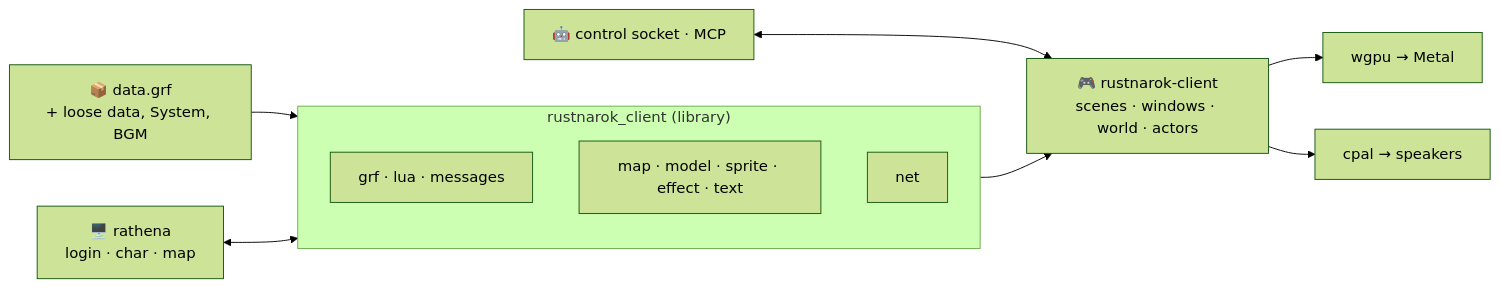
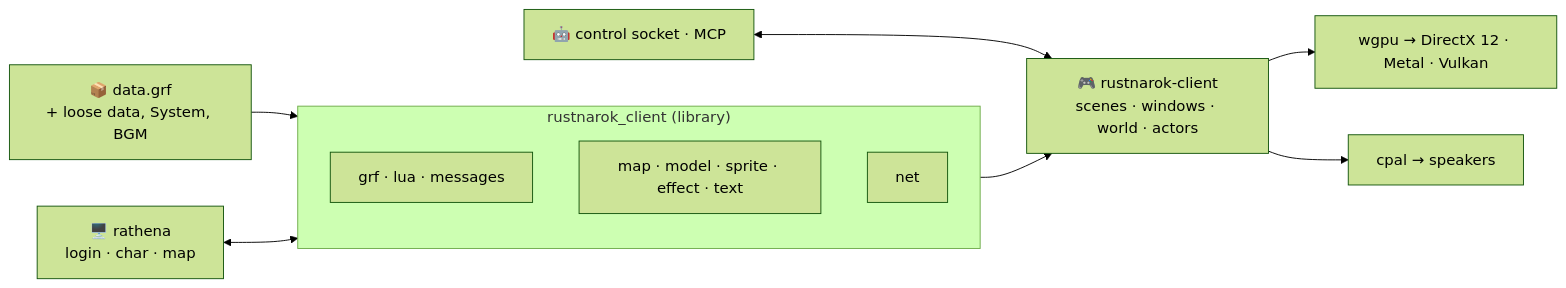
The diagram in README.md (kindraywind/rustnarok-client), drawn with Mermaid (forest theme) before and after one commit. The commit also changed other lines of this file, not shown here.

````diff
--- a/README.md
+++ b/README.md
@@ -317,15 +317,15 @@
 ```mermaid
 flowchart LR
     files["📦 data.grf<br/>+ loose data, System, BGM"] --> lib
     server["🖥️ rathena<br/>login · char · map"] <--> lib
     subgraph lib["rustnarok_client (library)"]
         direction TB
         read["grf · lua · messages"]
         formats["map · model · sprite · effect · text"]
         net["net"]
     end
     lib --> game["🎮 rustnarok-client<br/>scenes · windows · world · actors"]
-    game --> gpu["wgpu → Metal"]
+    game --> gpu["wgpu → DirectX 12 · Metal · Vulkan"]
     game --> audio["cpal → speakers"]
     driver["🤖 control socket · MCP"] <--> game
 ```
````
